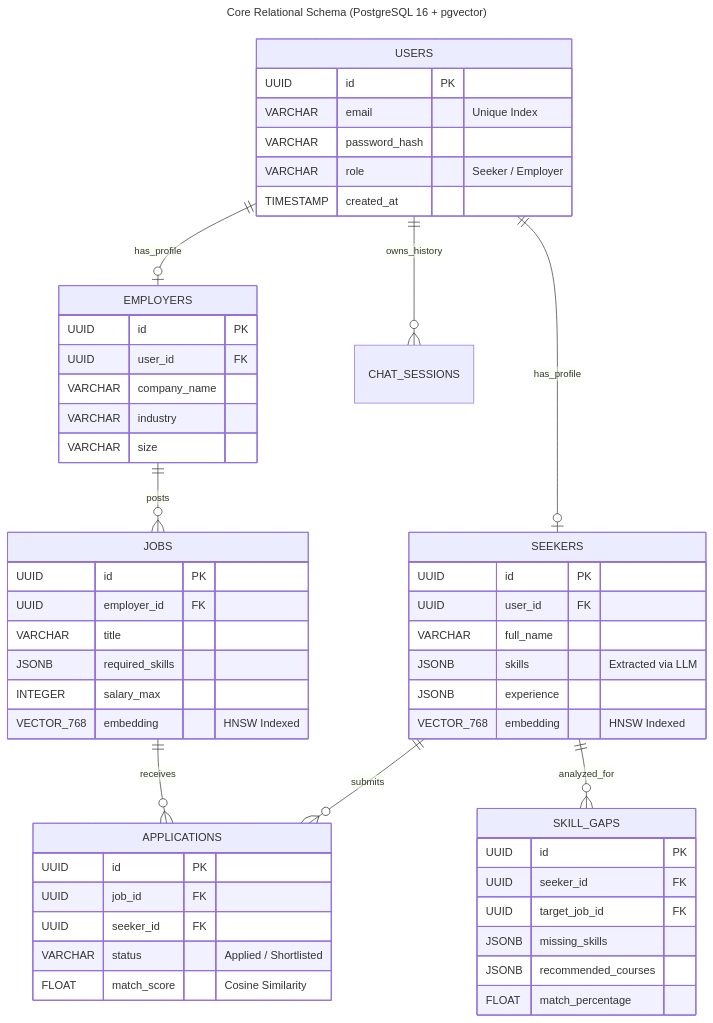
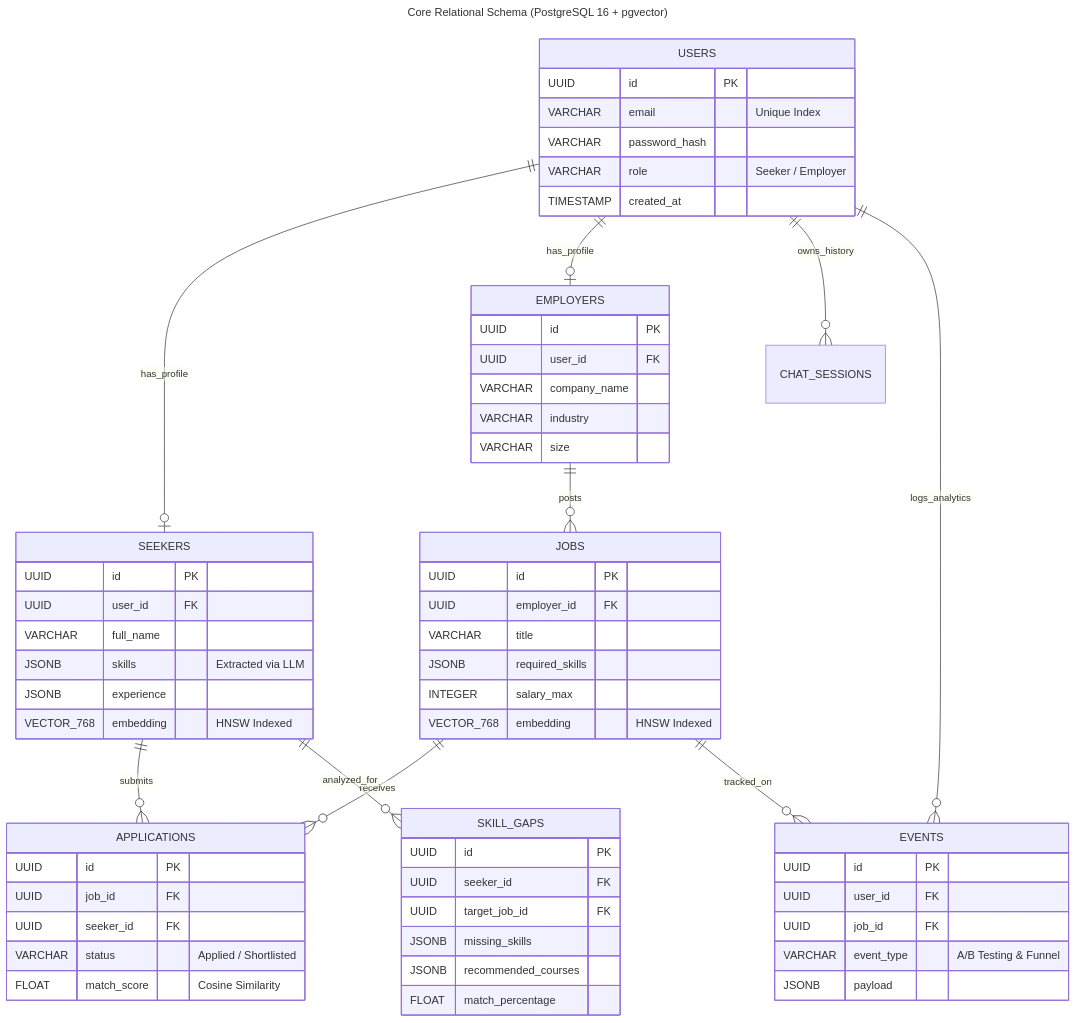
Before and after one commit to LouSens/KerjaCerdas: the fourth of 4 diagrams in README.md, drawn with Mermaid.

````diff
--- a/README.md
+++ b/README.md
@@ -287,59 +287,68 @@
 ```mermaid
 ---
 title: Core Relational Schema (PostgreSQL 16 + pgvector)
 ---
 erDiagram
     USERS ||--o| SEEKERS : "has_profile"
     USERS ||--o| EMPLOYERS : "has_profile"
     USERS ||--o{ CHAT_SESSIONS : "owns_history"
+    USERS ||--o{ EVENTS : "logs_analytics"
     EMPLOYERS ||--o{ JOBS : "posts"
     SEEKERS ||--o{ APPLICATIONS : "submits"
     JOBS ||--o{ APPLICATIONS : "receives"
+    JOBS ||--o{ EVENTS : "tracked_on"
     SEEKERS ||--o{ SKILL_GAPS : "analyzed_for"
 
     USERS {
         UUID id PK
         VARCHAR email "Unique Index"
         VARCHAR password_hash
         VARCHAR role "Seeker / Employer"
         TIMESTAMP created_at
     }
     SEEKERS {
         UUID id PK
         UUID user_id FK
         VARCHAR full_name
         JSONB skills "Extracted via LLM"
         JSONB experience
         VECTOR_768 embedding "HNSW Indexed"
     }
     EMPLOYERS {
         UUID id PK
         UUID user_id FK
         VARCHAR company_name
         VARCHAR industry
         VARCHAR size
     }
     JOBS {
         UUID id PK
         UUID employer_id FK
         VARCHAR title
         JSONB required_skills
         INTEGER salary_max
         VECTOR_768 embedding "HNSW Indexed"
     }
     APPLICATIONS {
         UUID id PK
         UUID job_id FK
         UUID seeker_id FK
         VARCHAR status "Applied / Shortlisted"
         FLOAT match_score "Cosine Similarity"
     }
     SKILL_GAPS {
         UUID id PK
         UUID seeker_id FK
         UUID target_job_id FK
         JSONB missing_skills
         JSONB recommended_courses
         FLOAT match_percentage
     }
+    EVENTS {
+        UUID id PK
+        UUID user_id FK
+        UUID job_id FK
+        VARCHAR event_type "A/B Testing & Funnel"
+        JSONB payload
+    }
 ```
````
